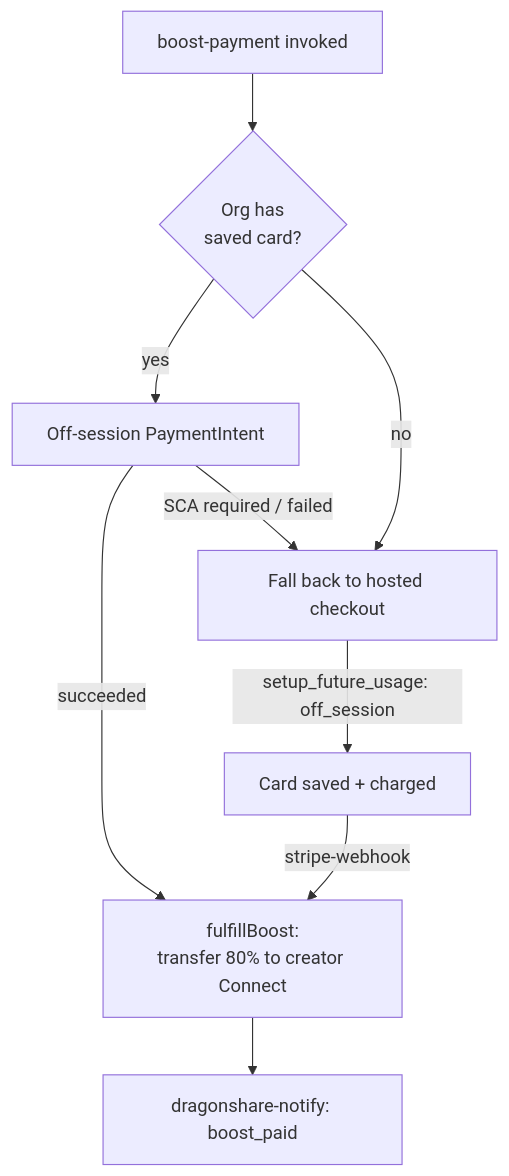
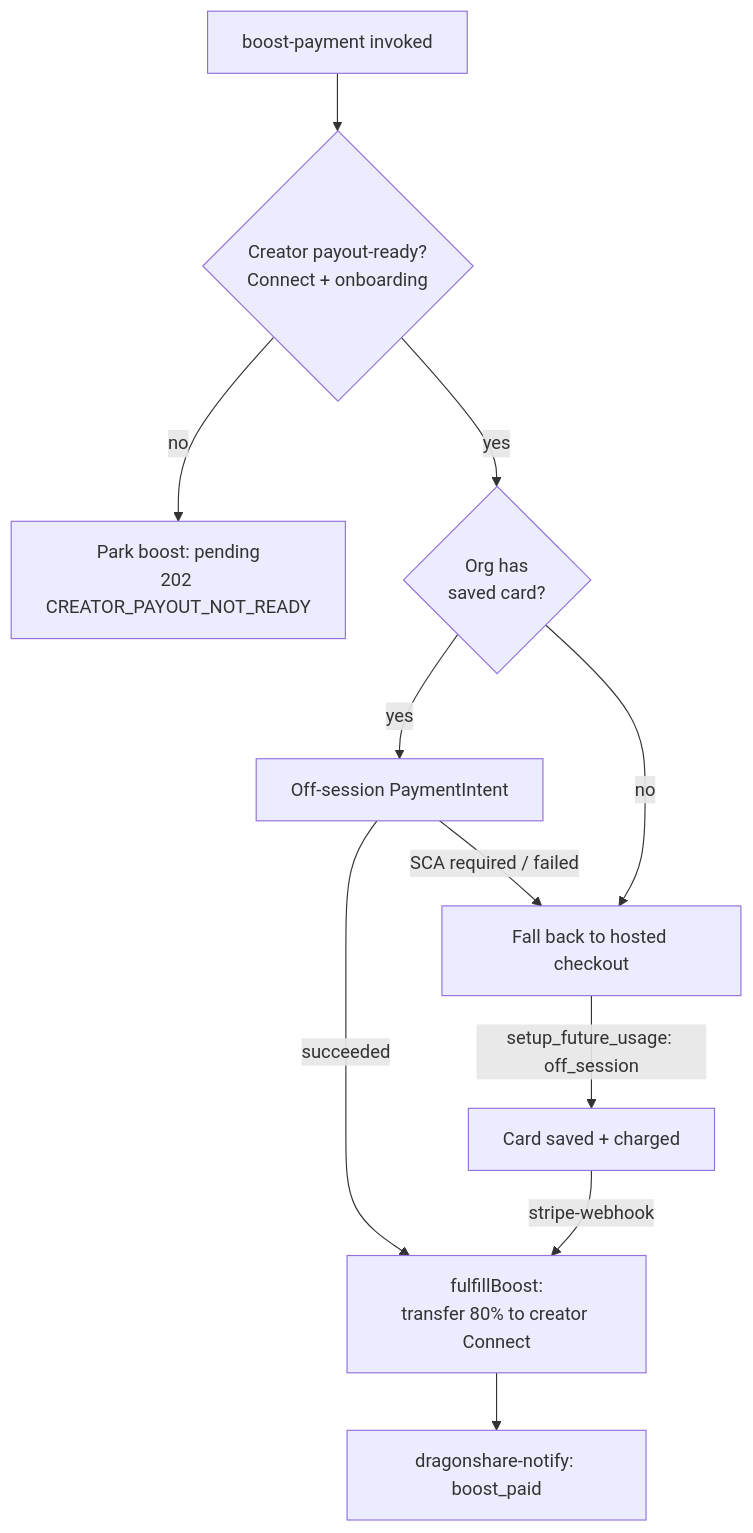
Before and after one commit to Pdiamondz1/dragoncandy-v3-d783432b: the third of 3 diagrams in docs/flows/dragonshare.md, drawn with Mermaid. The commit also changed other lines of this file and 4 other files, not shown here.

First line of the commit message:
docs(flows): resolve flagged gaps with code-verified findings

````diff
--- a/docs/flows/dragonshare.md
+++ b/docs/flows/dragonshare.md
@@ -66,11 +69,13 @@
 ```mermaid
 flowchart TD
-    A[boost-payment invoked] --> B{Org has<br/>saved card?}
+    A[boost-payment invoked] --> G{Creator payout-ready?<br/>Connect + onboarding}
+    G -->|no| P[Park boost: pending<br/>202 CREATOR_PAYOUT_NOT_READY]
+    G -->|yes| B{Org has<br/>saved card?}
     B -->|yes| C[Off-session PaymentIntent]
     C -->|succeeded| F[fulfillBoost:<br/>transfer 80% to creator Connect]
     C -->|SCA required / failed| H[Fall back to hosted checkout]
     B -->|no| H
     H -->|setup_future_usage: off_session| I[Card saved + charged]
     I -->|stripe-webhook| F
     F --> N[dragonshare-notify: boost_paid]
 ```
````
